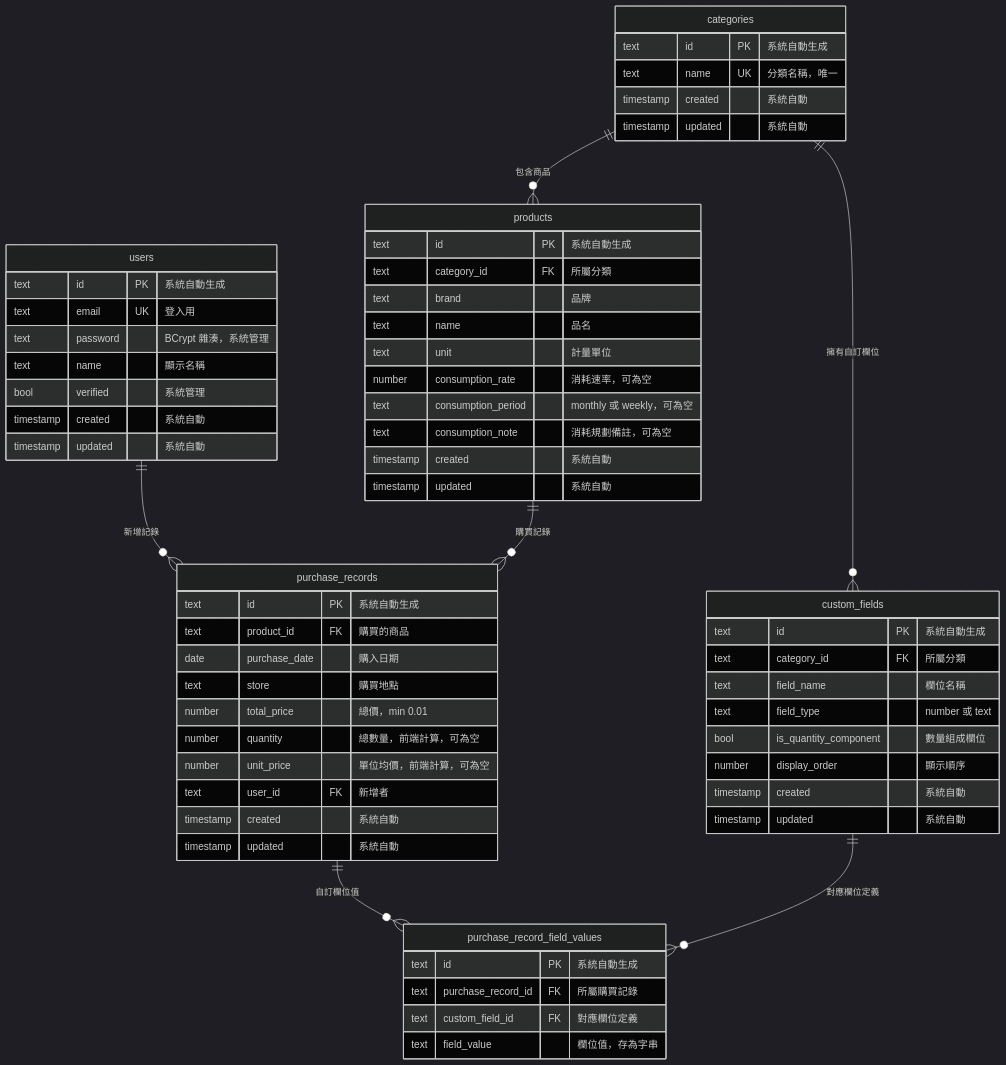
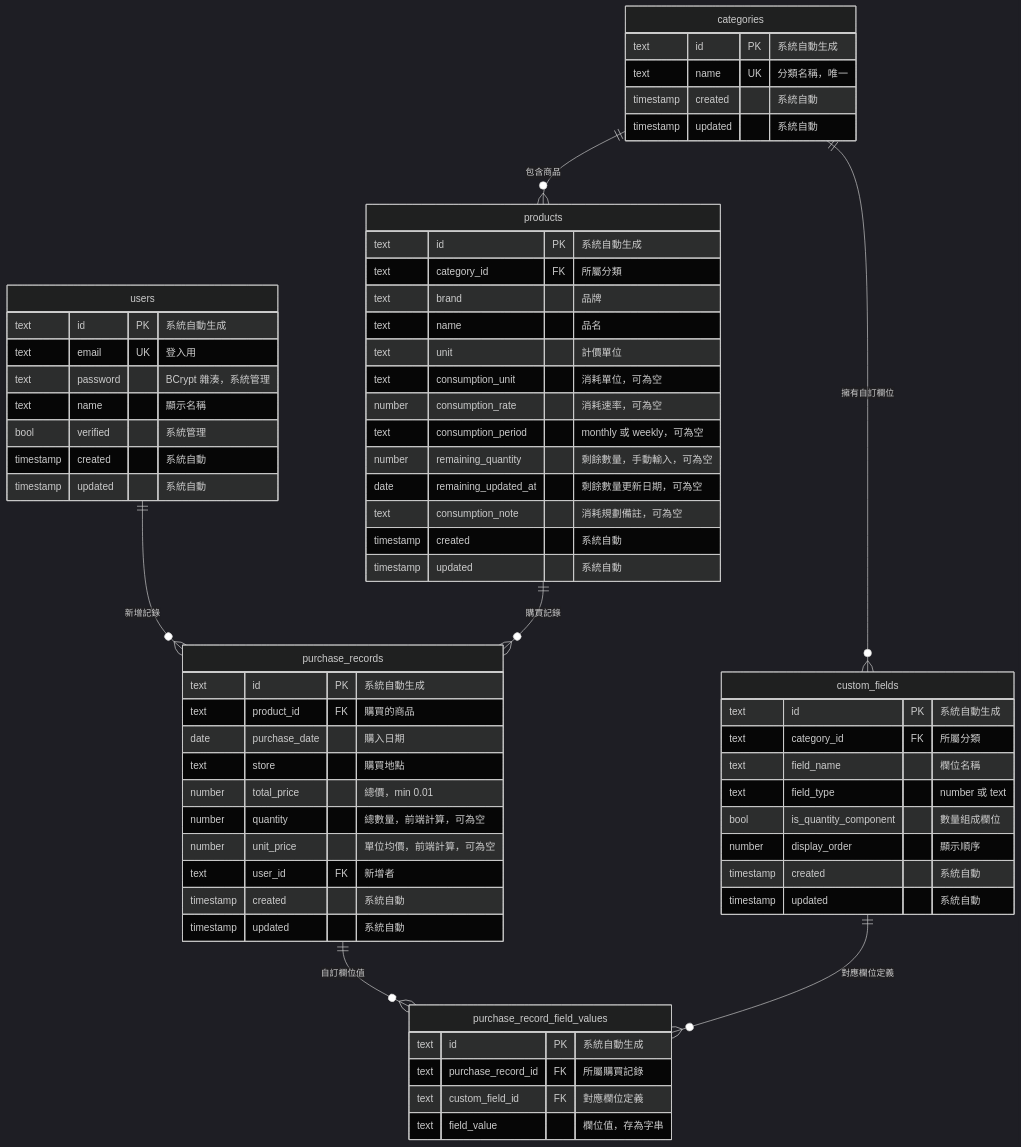
One commit to shaun-tsai826/WenDao changed the third of 3 diagrams in .kiro/specs/home-erp/design.md. Above: the diagram before and after it, drawn with Mermaid (dark theme). The commit also changed other lines of this file and 7 other files, not shown here.

````diff
--- a/.kiro/specs/home-erp/design.md
+++ b/.kiro/specs/home-erp/design.md
@@ -766,70 +802,73 @@
 ```mermaid
 erDiagram
     users ||--o{ purchase_records : "新增記錄"
     categories ||--o{ products : "包含商品"
     categories ||--o{ custom_fields : "擁有自訂欄位"
     products ||--o{ purchase_records : "購買記錄"
     purchase_records ||--o{ purchase_record_field_values : "自訂欄位值"
     custom_fields ||--o{ purchase_record_field_values : "對應欄位定義"
 
     users {
         text id PK "系統自動生成"
         text email UK "登入用"
         text password "BCrypt 雜湊，系統管理"
         text name "顯示名稱"
         bool verified "系統管理"
         timestamp created "系統自動"
         timestamp updated "系統自動"
     }
 
     categories {
         text id PK "系統自動生成"
         text name UK "分類名稱，唯一"
         timestamp created "系統自動"
         timestamp updated "系統自動"
     }
 
     custom_fields {
         text id PK "系統自動生成"
         text category_id FK "所屬分類"
         text field_name "欄位名稱"
         text field_type "number 或 text"
         bool is_quantity_component "數量組成欄位"
         number display_order "顯示順序"
         timestamp created "系統自動"
         timestamp updated "系統自動"
     }
 
     products {
         text id PK "系統自動生成"
         text category_id FK "所屬分類"
         text brand "品牌"
         text name "品名"
-        text unit "計量單位"
+        text unit "計價單位"
+        text consumption_unit "消耗單位，可為空"
         number consumption_rate "消耗速率，可為空"
         text consumption_period "monthly 或 weekly，可為空"
+        number remaining_quantity "剩餘數量，手動輸入，可為空"
+        date remaining_updated_at "剩餘數量更新日期，可為空"
         text consumption_note "消耗規劃備註，可為空"
         timestamp created "系統自動"
         timestamp updated "系統自動"
     }
 
     purchase_records {
         text id PK "系統自動生成"
         text product_id FK "購買的商品"
         date purchase_date "購入日期"
         text store "購買地點"
         number total_price "總價，min 0.01"
         number quantity "總數量，前端計算，可為空"
         number unit_price "單位均價，前端計算，可為空"
         text user_id FK "新增者"
         timestamp created "系統自動"
         timestamp updated "系統自動"
     }
 
     purchase_record_field_values {
         text id PK "系統自動生成"
         text purchase_record_id FK "所屬購買記錄"
         text custom_field_id FK "對應欄位定義"
         text field_value "欄位值，存為字串"
     }
 ```
````
